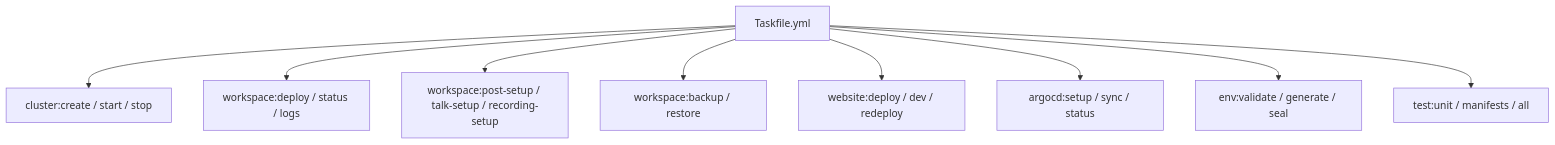
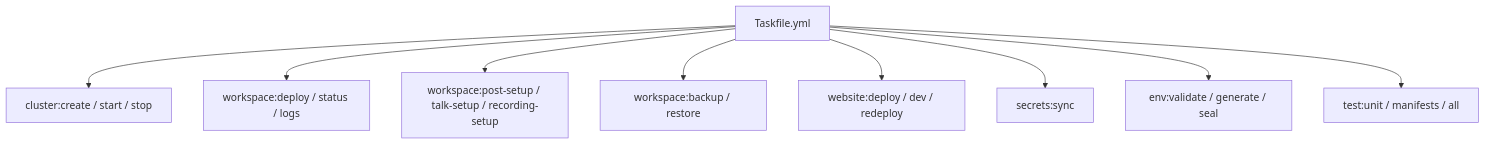
The diagram in k3d/docs-content/quickstart-dev.md (Paddione/Bachelorprojekt), drawn with Mermaid before and after one commit. The commit also changed other lines of this file and 32 other files, not shown here.

First line of the commit message:
chore(infra): remove ArgoCD, add secrets:sync task (#782)

````diff
--- a/k3d/docs-content/quickstart-dev.md
+++ b/k3d/docs-content/quickstart-dev.md
@@ -69,12 +68,12 @@
 ```mermaid
 flowchart TB
   TF[Taskfile.yml]
   TF --> Cluster[cluster:create / start / stop]
   TF --> WS[workspace:deploy / status / logs]
   TF --> WSP[workspace:post-setup / talk-setup / recording-setup]
   TF --> WSB[workspace:backup / restore]
   TF --> WEB[website:deploy / dev / redeploy]
-  TF --> ARGO[argocd:setup / sync / status]
+  TF --> Secrets[secrets:sync]
   TF --> ENV[env:validate / generate / seal]
   TF --> Test[test:unit / manifests / all]
 ```
````
